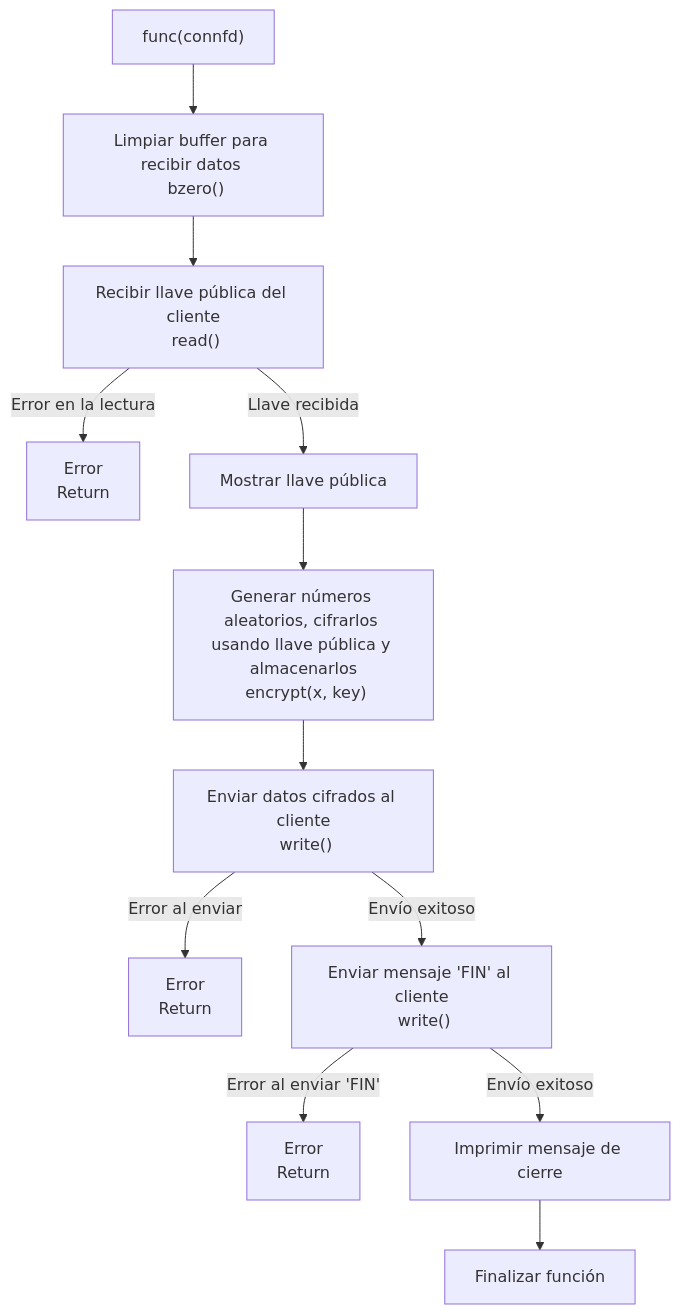
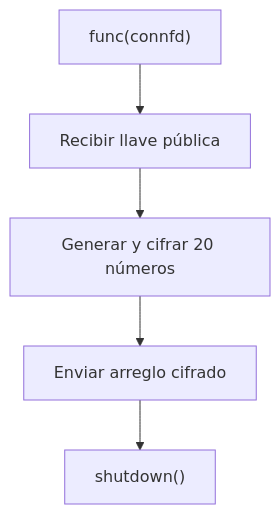
Before and after one commit to ascatena/Tcp-Client-Server-Network-Design: the second of 3 diagrams in README.md, drawn with Mermaid. The commit also changed other lines of this file, not shown here.

Commit message:
Actualización del indice del README.

````diff
--- a/README.md
+++ b/README.md
@@ -548,17 +201,8 @@
-``` mermaid
+```mermaid
 graph TD
     A["func(connfd)"]
-    A --> B["Limpiar buffer para recibir datos \n bzero()"]
-    B --> C["Recibir llave pública del cliente\n read()"]
-    C -->|Error en la lectura| D["Error\n Return"]
-    C -->|Llave recibida| E["Mostrar llave pública"]
-
-    E --> F["Generar números aleatorios, cifrarlos usando llave pública y almacenarlos\n encrypt(x, key)"]
-    F --> I["Enviar datos cifrados al cliente\n write()"]
-    I -->|Error al enviar| J["Error\n Return"]
-    I -->|Envío exitoso| K["Enviar mensaje 'FIN' al cliente\n write()"]
-    
-    K -->|Error al enviar 'FIN'| L["Error\n Return"]
-    K -->|Envío exitoso| M["Imprimir mensaje de cierre"]
-    M --> O["Finalizar función"]
+    A --> B["Recibir llave pública"]
+    B --> C["Generar y cifrar 20 números"]
+    C --> D["Enviar arreglo cifrado"]
+    D --> E["shutdown()"]
 ```
````
